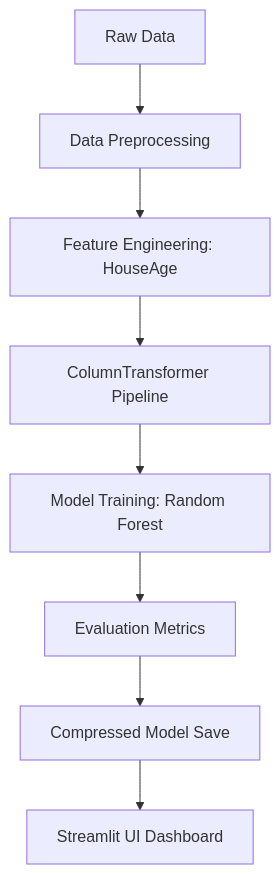
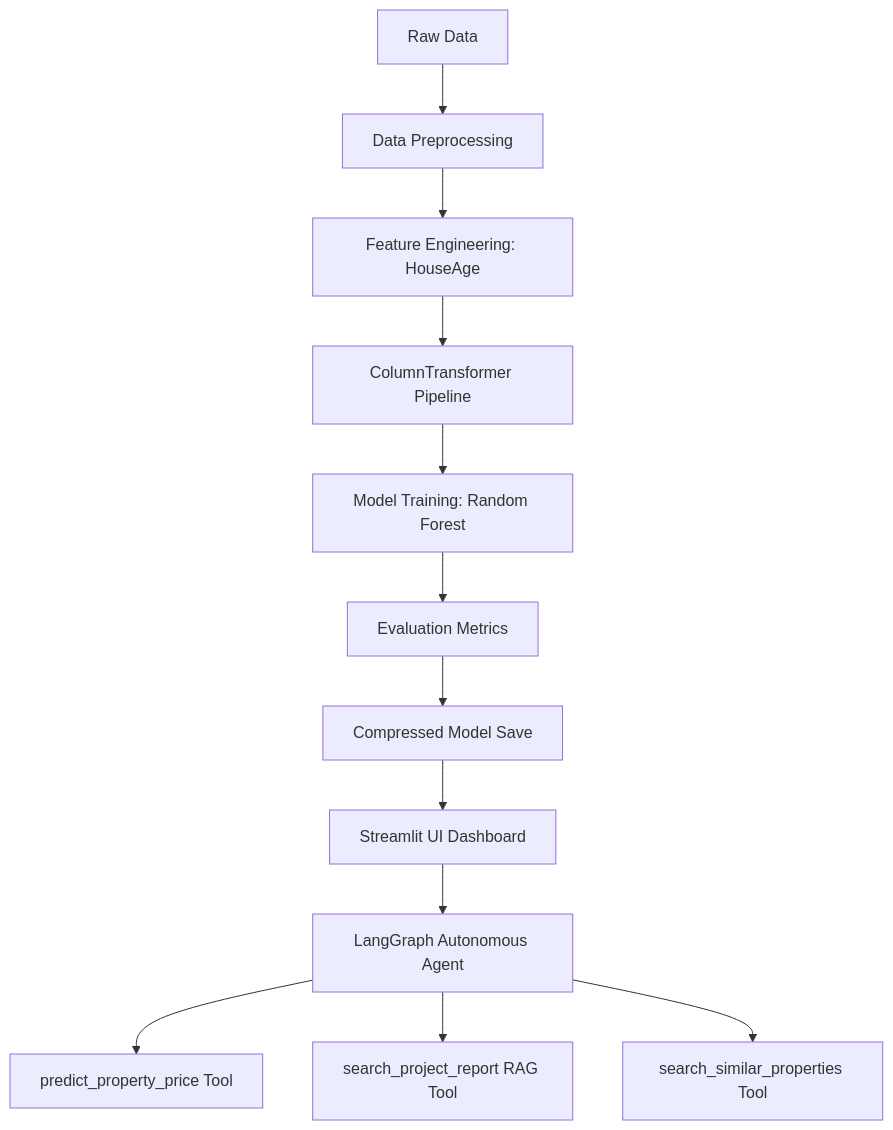
One commit to abuzarhaideri/GenAI changed the diagram in report/final_report.md. Above: the diagram before and after it, drawn with Mermaid. The commit also changed other lines of this file and 8 other files, not shown here.

Commit message:
Add LangGraph AI Agent with RAG, dataset search, and Groq LLM support

````diff
--- a/report/final_report.md
+++ b/report/final_report.md
@@ -9,10 +20,14 @@
 ```mermaid
 graph TD
     A[Raw Data] --> B[Data Preprocessing]
     B --> C[Feature Engineering: HouseAge]
     C --> D[ColumnTransformer Pipeline]
     D --> E[Model Training: Random Forest]
     E --> F[Evaluation Metrics]
     F --> G[Compressed Model Save]
     G --> H[Streamlit UI Dashboard]
+    H --> I[LangGraph Autonomous Agent]
+    I --> J[predict_property_price Tool]
+    I --> K[search_project_report RAG Tool]
+    I --> L[search_similar_properties Tool]
 ```
````
